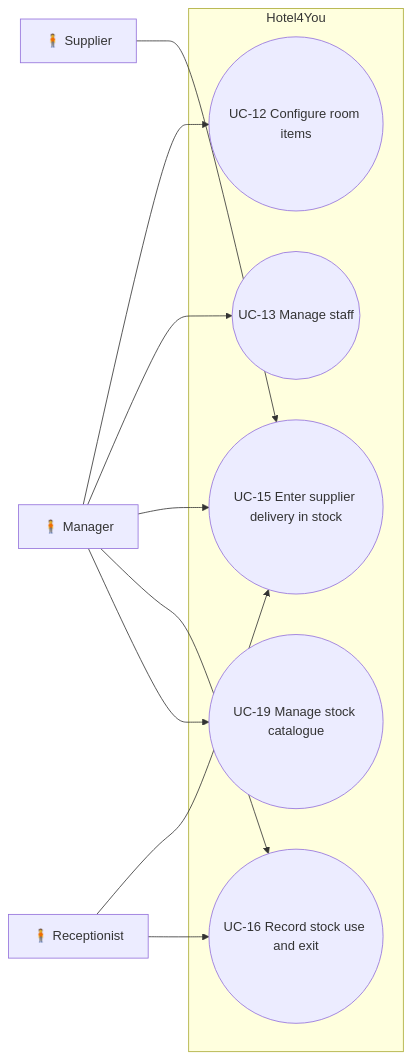
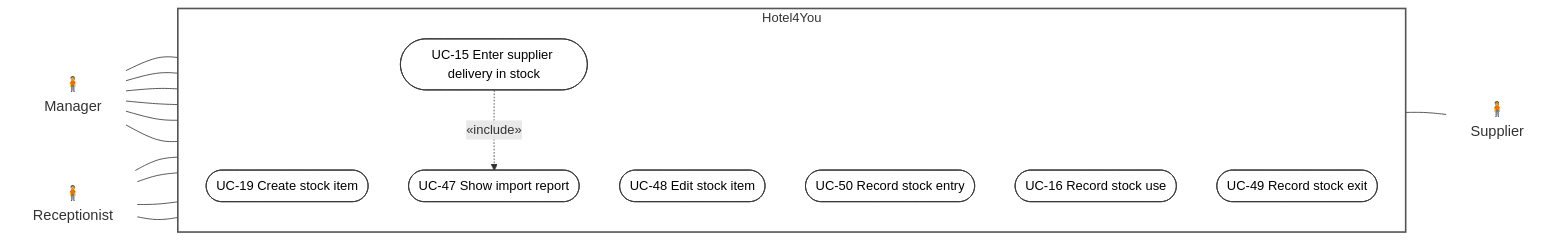
Before and after one commit to BorjaTiago/hotel4you: the seventh of 7 diagrams in docs/uml/use-cases.md, drawn with Mermaid. The commit also changed other lines of this file and 3 other files, not shown here.

First line of the commit message:
H4Y-7 apply teacher feedback to use-case diagrams

````diff
--- a/docs/uml/use-cases.md
+++ b/docs/uml/use-cases.md
@@ -70,24 +263,38 @@
 ```mermaid
 flowchart LR
-  %% Requirements: RF-01, RF-08, RF-24, RF-25, RF-26, RF-28, RF-29.
-  Receptionist["🧍 Receptionist"]
-  Manager["🧍 Manager"]
-  Supplier["🧍 Supplier"]
+  %% Requirements: RF-28, RF-29. Decisions: Q-10, Q-17, Q-21, Q-34, Q-38, PR #20 decision (2026-10-21).
+  Manager["🧍<br/>Manager"]:::actor
+  Receptionist["🧍<br/>Receptionist"]:::actor
 
-  subgraph Hotel4You[Hotel4You]
-    UC12(("UC-12 Configure room items"))
-    UC13(("UC-13 Manage staff"))
-    UC15(("UC-15 Enter supplier delivery in stock"))
-    UC16(("UC-16 Record stock use and exit"))
-    UC19(("UC-19 Manage stock catalogue"))
+  subgraph Hotel4You["Hotel4You"]
+    direction TB
+    UC19(["UC-19 Create stock item"]):::uc
+    UC48(["UC-48 Edit stock item"]):::uc
+    UC15(["UC-15 Enter supplier delivery in stock"]):::uc
+    UC47(["UC-47 Show import report"]):::uc
+    UC50(["UC-50 Record stock entry"]):::uc
+    UC16(["UC-16 Record stock use"]):::uc
+    UC49(["UC-49 Record stock exit"]):::uc
   end
 
-  Manager --> UC12
-  Manager --> UC13
-  Supplier --> UC15
-  Receptionist --> UC15
-  Manager --> UC15
-  Receptionist --> UC16
-  Manager --> UC16
-  Manager --> UC19
+  Supplier["🧍<br/>Supplier"]:::actor
+
+  Manager --- UC19
+  Manager --- UC48
+  Manager --- UC15
+  Receptionist --- UC15
+  Manager --- UC50
+  Receptionist --- UC50
+  Manager --- UC16
+  Receptionist --- UC16
+  Manager --- UC49
+  Receptionist --- UC49
+  UC15 --- Supplier
+  UC47 ~~~ Supplier
+
+  UC15 -.->|"«include»"| UC47
+
+  classDef actor fill:none,stroke:none,font-size:18px
+  classDef uc fill:#ffffff,stroke:#333333,color:#000000
+  style Hotel4You fill:none,stroke:#555555,stroke-width:2px
 ```
````
